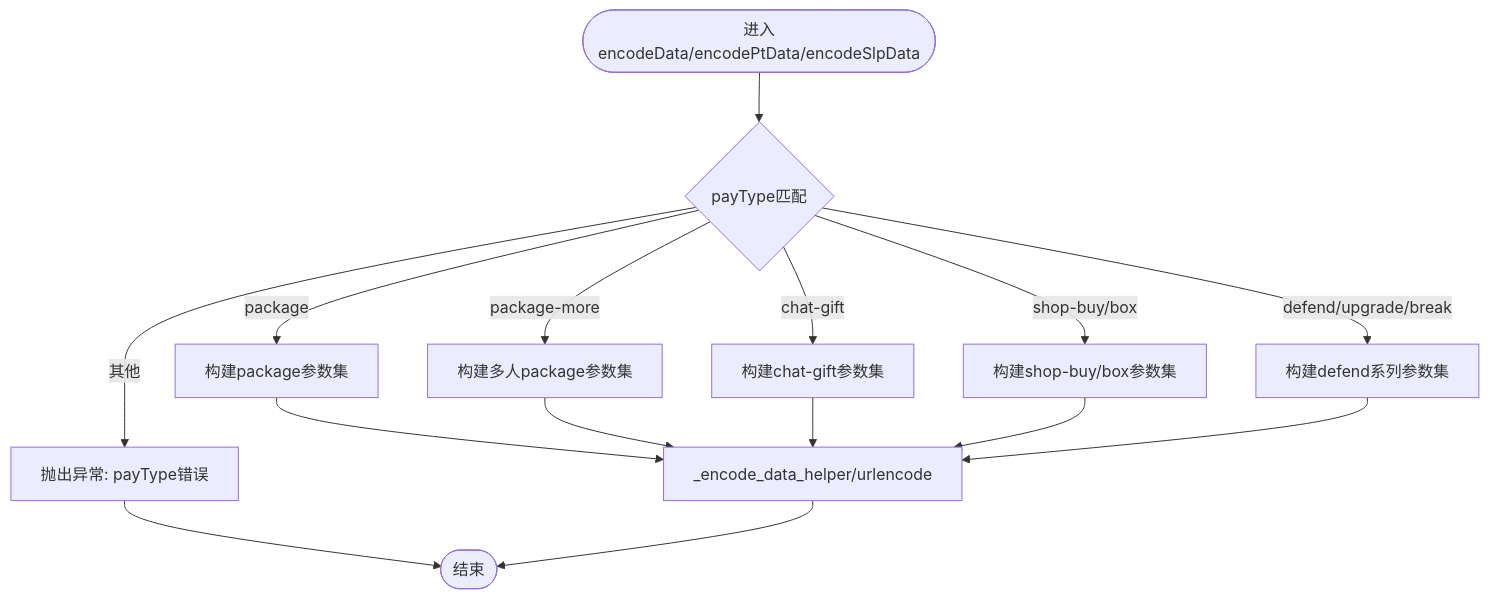
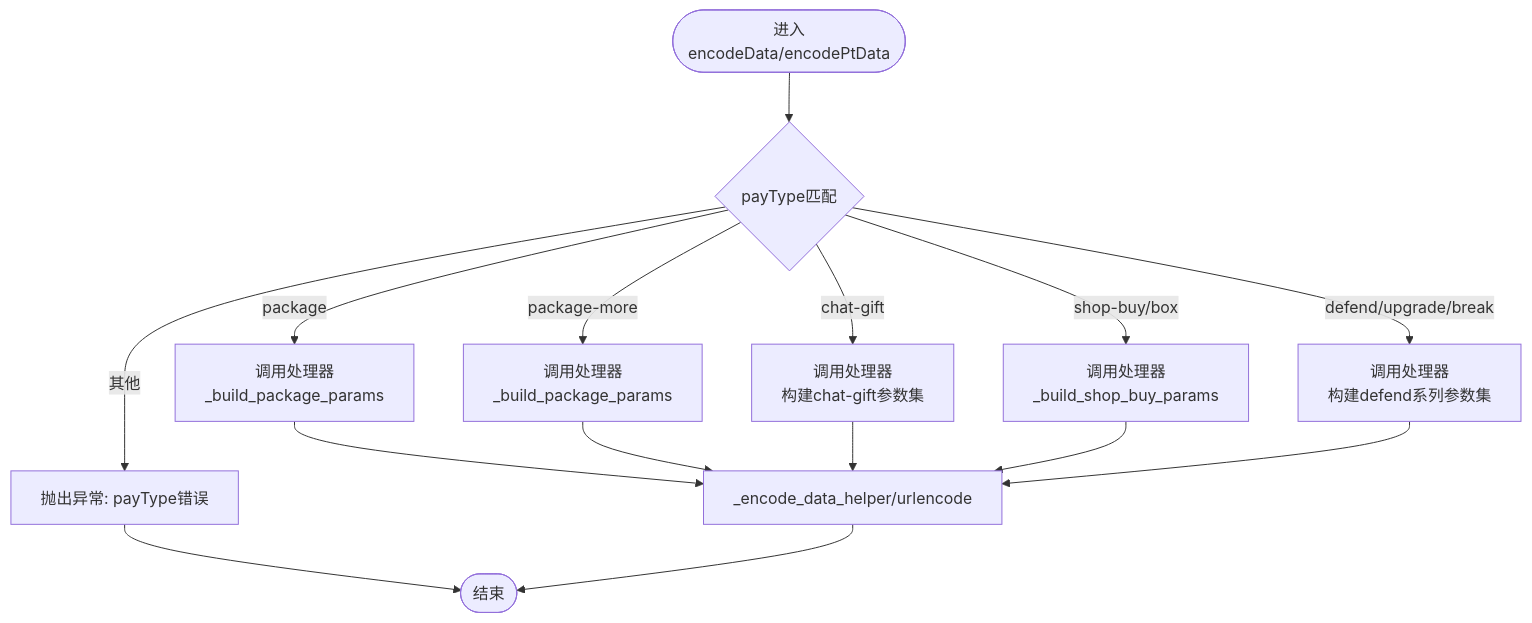
The third of 5 diagrams in .qoder/repowiki/zh/content/核心模块/工具方法模块.md (liximing1-ola/qa-payTest), drawn with Mermaid before and after one commit. The commit also changed other lines of this file and 13 other files, not shown here.

````diff
--- a/.qoder/repowiki/zh/content/核心模块/工具方法模块.md
+++ b/.qoder/repowiki/zh/content/核心模块/工具方法模块.md
@@ -245,17 +192,17 @@
 ```mermaid
 flowchart TD
-Start(["进入encodeData/encodePtData/encodeSlpData"]) --> CheckType{"payType匹配"}
-CheckType --> |package| BuildPkg["构建package参数集"]
-CheckType --> |package-more| BuildMore["构建多人package参数集"]
-CheckType --> |chat-gift| BuildChat["构建chat-gift参数集"]
-CheckType --> |shop-buy/box| BuildShop["构建shop-buy/box参数集"]
-CheckType --> |defend/upgrade/break| BuildDefend["构建defend系列参数集"]
+Start(["进入encodeData/encodePtData"]) --> CheckType{"payType匹配"}
+CheckType --> |package| BuildPkg["调用处理器<br/>_build_package_params"]
+CheckType --> |package-more| BuildMore["调用处理器<br/>_build_package_params"]
+CheckType --> |chat-gift| BuildChat["调用处理器<br/>构建chat-gift参数集"]
+CheckType --> |shop-buy/box| BuildShop["调用处理器<br/>_build_shop_buy_params"]
+CheckType --> |defend/upgrade/break| BuildDefend["调用处理器<br/>构建defend系列参数集"]
 CheckType --> |其他| RaiseErr["抛出异常: payType错误"]
 BuildPkg --> Encode["_encode_data_helper/urlencode"]
 BuildMore --> Encode
 BuildChat --> Encode
 BuildShop --> Encode
 BuildDefend --> Encode
 RaiseErr --> End(["结束"])
 Encode --> End
 ```
````
